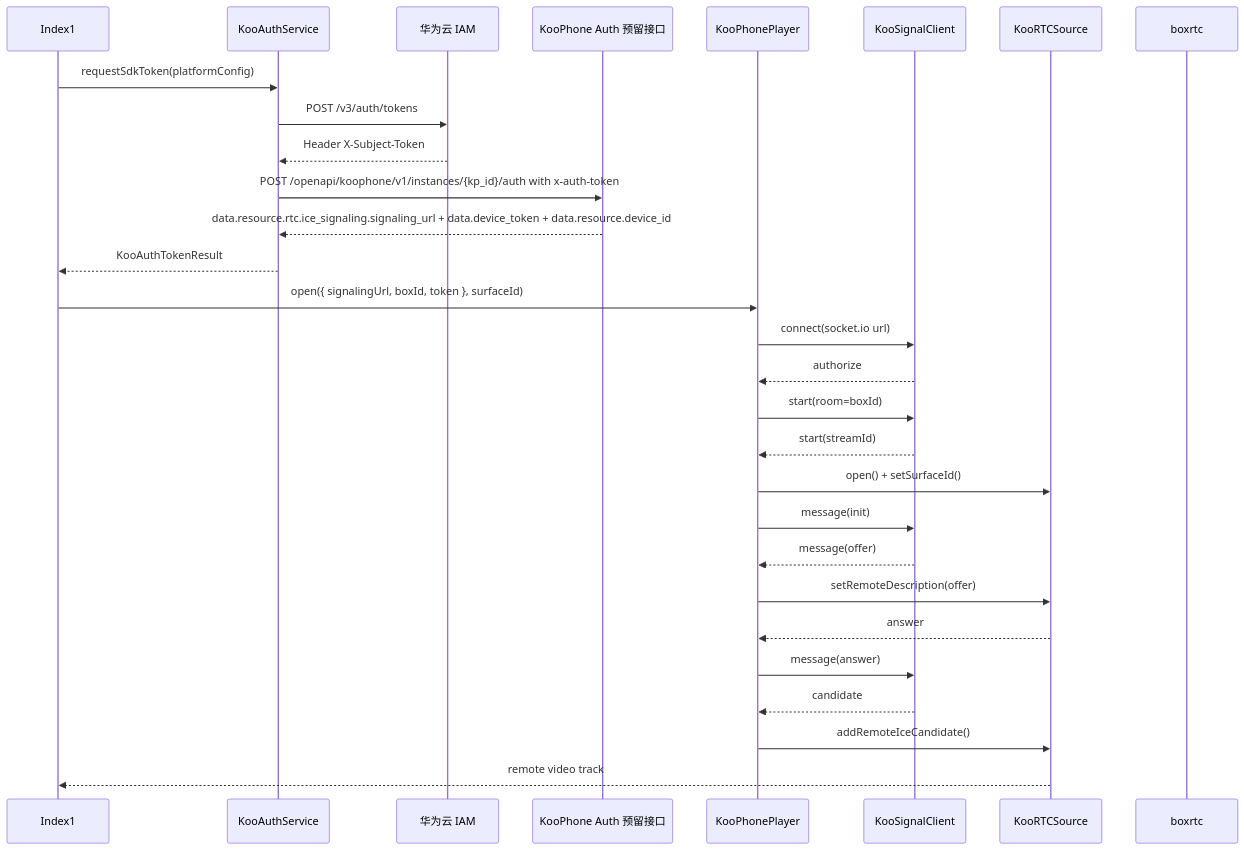
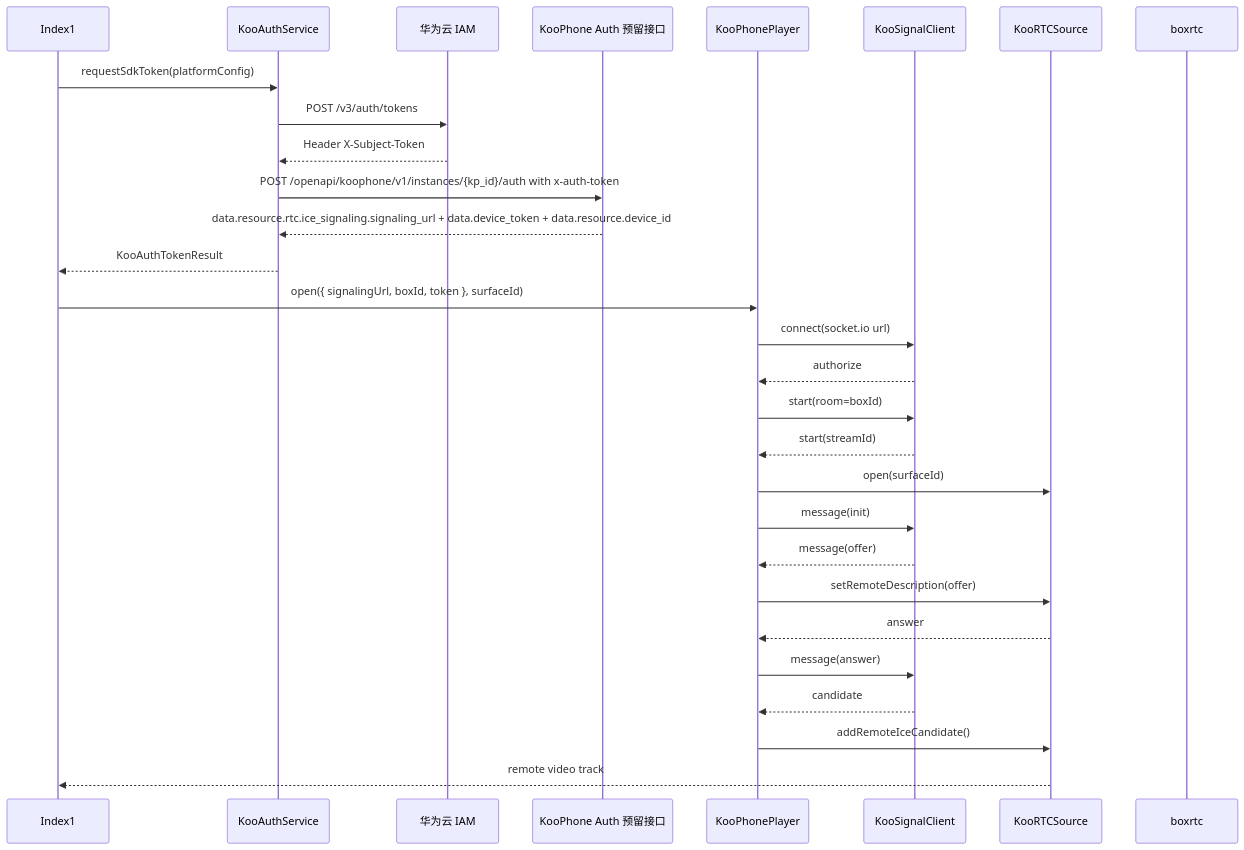
Before and after one commit to worry-bit/livekit: the second of 2 diagrams in docs/koophone-live-debug-guide.md, drawn with Mermaid. The commit also changed other lines of this file and 38 other files, not shown here.

````diff
--- a/docs/koophone-live-debug-guide.md
+++ b/docs/koophone-live-debug-guide.md
@@ -172,32 +174,32 @@
 ```mermaid
 sequenceDiagram
   participant UI as Index1
   participant Auth as KooAuthService
   participant IAM as 华为云 IAM
   participant KAuth as KooPhone Auth 预留接口
   participant Player as KooPhonePlayer
   participant Signal as KooSignalClient
   participant RTC as KooRTCSource
   participant Cloud as boxrtc
 
   UI->>Auth: requestSdkToken(platformConfig)
   Auth->>IAM: POST /v3/auth/tokens
   IAM-->>Auth: Header X-Subject-Token
   Auth->>KAuth: POST /openapi/koophone/v1/instances/{kp_id}/auth with x-auth-token
   KAuth-->>Auth: data.resource.rtc.ice_signaling.signaling_url + data.device_token + data.resource.device_id
   Auth-->>UI: KooAuthTokenResult
   UI->>Player: open({ signalingUrl, boxId, token }, surfaceId)
   Player->>Signal: connect(socket.io url)
   Signal-->>Player: authorize
   Player->>Signal: start(room=boxId)
   Signal-->>Player: start(streamId)
-  Player->>RTC: open() + setSurfaceId()
+  Player->>RTC: open(surfaceId)
   Player->>Signal: message(init)
   Signal-->>Player: message(offer)
   Player->>RTC: setRemoteDescription(offer)
   RTC-->>Player: answer
   Player->>Signal: message(answer)
   Signal-->>Player: candidate
   Player->>RTC: addRemoteIceCandidate()
   RTC-->>UI: remote video track
 ```
````
